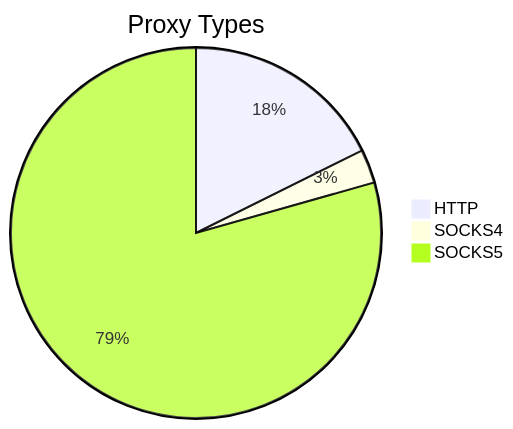
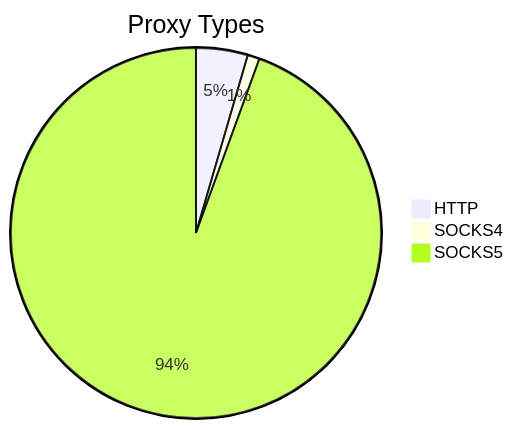
Before and after one commit to stormsia/proxy-list: the first of 2 diagrams in README.md, drawn with Mermaid. The commit also changed other lines of this file, not shown here.

````diff
--- a/README.md
+++ b/README.md
@@ -21,6 +21,6 @@
 ```mermaid
 pie title Proxy Types
-    "HTTP" : 180
-    "SOCKS4" : 30
-    "SOCKS5" : 809
+    "HTTP" : 138
+    "SOCKS4" : 32
+    "SOCKS5" : 2890
 ```
````
